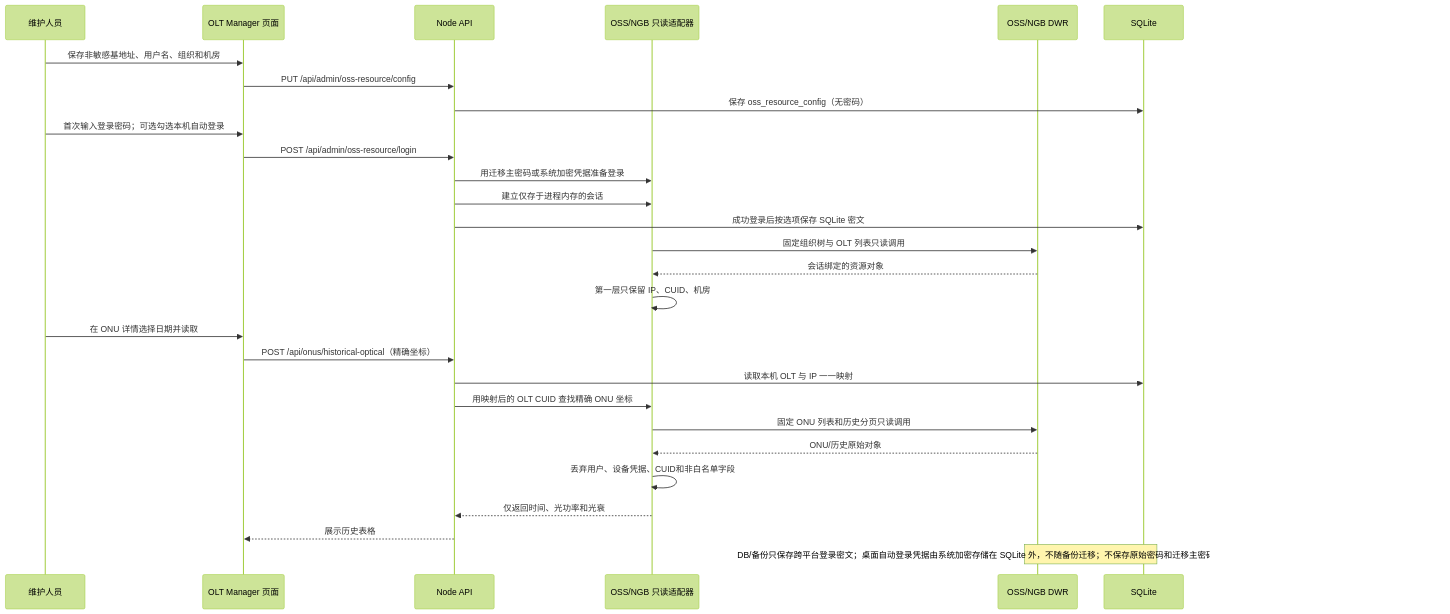
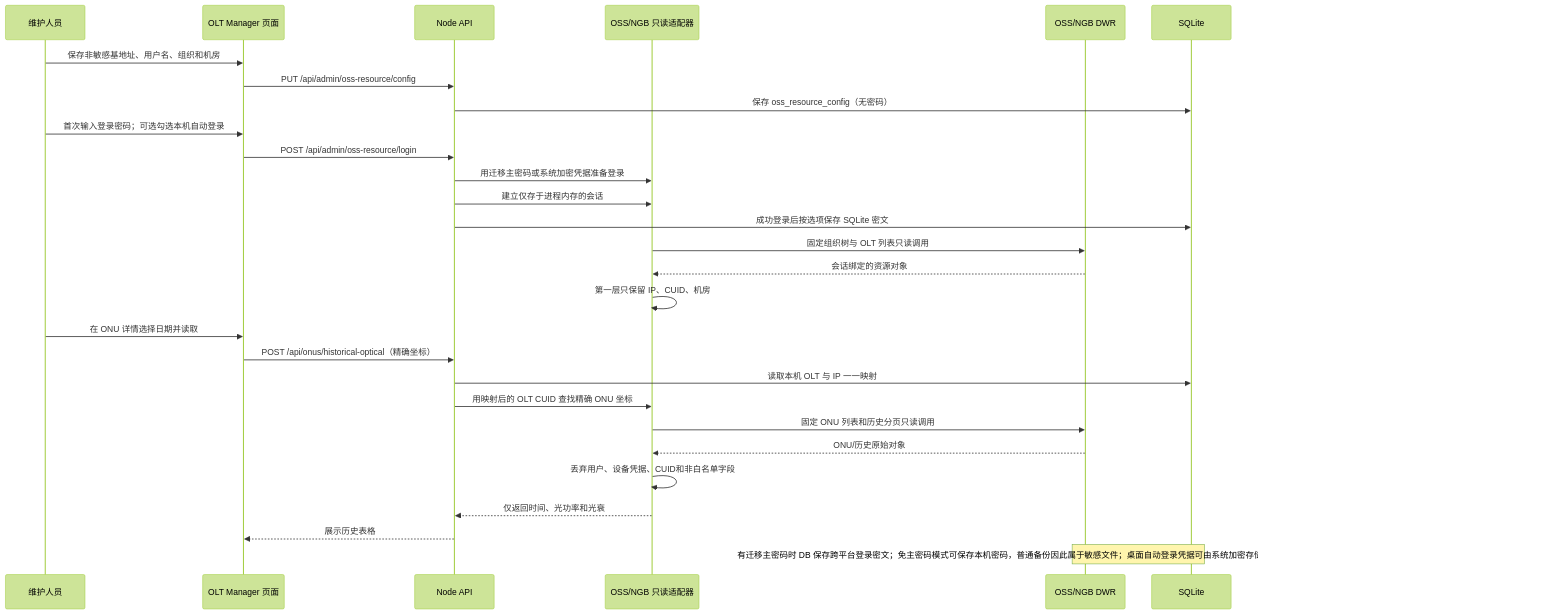
One commit to landvd/OLT-Manager changed diagram 13 of 14 in docs/design/sequence.md. Above: the diagram before and after it, drawn with Mermaid (forest theme). The commit also changed other lines of this file and 28 other files, not shown here.

````diff
--- a/docs/design/sequence.md
+++ b/docs/design/sequence.md
@@ -360,31 +360,31 @@
 ```mermaid
 sequenceDiagram
   participant User as 维护人员
   participant Browser as OLT Manager 页面
   participant API as Node API
   participant Session as OSS/NGB 只读适配器
   participant OSS as OSS/NGB DWR
   participant DB as SQLite
 
   User->>Browser: 保存非敏感基地址、用户名、组织和机房
   Browser->>API: PUT /api/admin/oss-resource/config
   API->>DB: 保存 oss_resource_config（无密码）
   User->>Browser: 首次输入登录密码；可选勾选本机自动登录
   Browser->>API: POST /api/admin/oss-resource/login
   API->>Session: 用迁移主密码或系统加密凭据准备登录
   API->>Session: 建立仅存于进程内存的会话
   API->>DB: 成功登录后按选项保存 SQLite 密文
   Session->>OSS: 固定组织树与 OLT 列表只读调用
   OSS-->>Session: 会话绑定的资源对象
   Session->>Session: 第一层只保留 IP、CUID、机房
   User->>Browser: 在 ONU 详情选择日期并读取
   Browser->>API: POST /api/onus/historical-optical（精确坐标）
   API->>DB: 读取本机 OLT 与 IP 一一映射
   API->>Session: 用映射后的 OLT CUID 查找精确 ONU 坐标
   Session->>OSS: 固定 ONU 列表和历史分页只读调用
   OSS-->>Session: ONU/历史原始对象
   Session->>Session: 丢弃用户、设备凭据、CUID和非白名单字段
   Session-->>API: 仅返回时间、光功率和光衰
   API-->>Browser: 展示历史表格
-  Note over DB,OSS: DB/备份只保存跨平台登录密文；桌面自动登录凭据由系统加密存储在 SQLite 外，不随备份迁移；不保存原始密码和迁移主密码，会话/CUID仍只在内存，不刷新光功率，不访问 OLT 写接口
+  Note over DB,OSS: 有迁移主密码时 DB 保存跨平台登录密文；免主密码模式可保存本机密码，普通备份因此属于敏感文件；桌面自动登录凭据可由系统加密存储在 SQLite 外；会话/CUID仍只在内存，不刷新光功率，不访问 OLT 写接口
 ```
````
